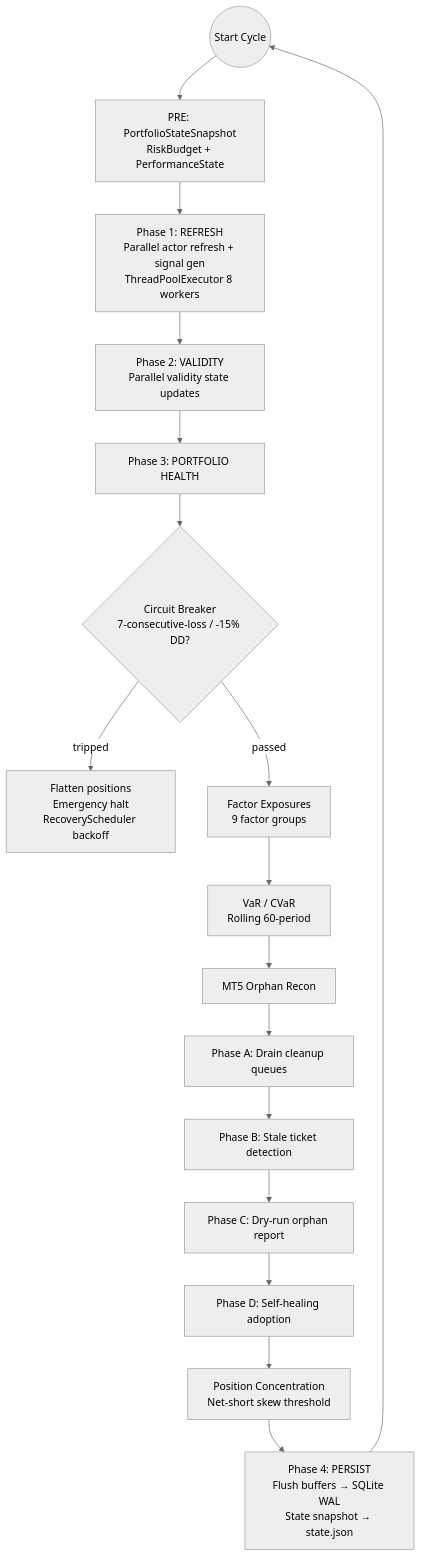
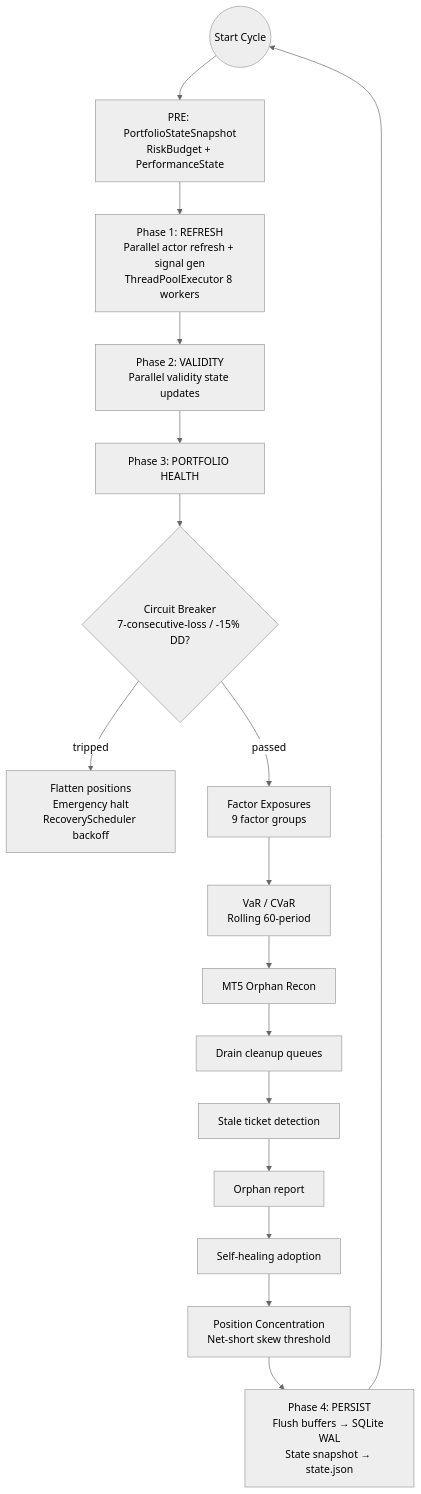
Before and after one commit to manuelhorvey/EigenCapital: the diagram in docs/PRODUCTION_SYSTEM_SPEC_v1.md, drawn with Mermaid (neutral theme). The commit also changed 13 other files, not shown here.

````diff
--- a/docs/PRODUCTION_SYSTEM_SPEC_v1.md
+++ b/docs/PRODUCTION_SYSTEM_SPEC_v1.md
@@ -37,19 +37,19 @@
 ```mermaid
 graph TD
     Start((Start Cycle)) --> PRE[PRE: PortfolioStateSnapshot\nRiskBudget + PerformanceState]
     PRE --> P1[Phase 1: REFRESH\nParallel actor refresh + signal gen\nThreadPoolExecutor 8 workers]
     P1 --> P2[Phase 2: VALIDITY\nParallel validity state updates]
     P2 --> P3[Phase 3: PORTFOLIO HEALTH]
     P3 --> CB{Circuit Breaker\n7-consecutive-loss / -15% DD?}
     CB -- tripped --> Halt[Flatten positions\nEmergency halt\nRecoveryScheduler backoff]
     CB -- passed --> FX[Factor Exposures\n9 factor groups]
     FX --> VAR[VaR / CVaR\nRolling 60-period]
     VAR --> MT5[MT5 Orphan Recon]
-    MT5 --> MT5A[Phase A: Drain cleanup queues]
-    MT5A --> MT5B[Phase B: Stale ticket detection]
-    MT5B --> MT5C[Phase C: Dry-run orphan report]
-    MT5C --> MT5D[Phase D: Self-healing adoption]
+    MT5 --> MT5A[Drain cleanup queues]
+    MT5A --> MT5B[Stale ticket detection]
+    MT5B --> MT5C[Orphan report]
+    MT5C --> MT5D[Self-healing adoption]
     MT5D --> CONC[Position Concentration\nNet-short skew threshold]
     CONC --> P4[Phase 4: PERSIST\nFlush buffers → SQLite WAL\nState snapshot → state.json]
     P4 --> Start
 ```
````
